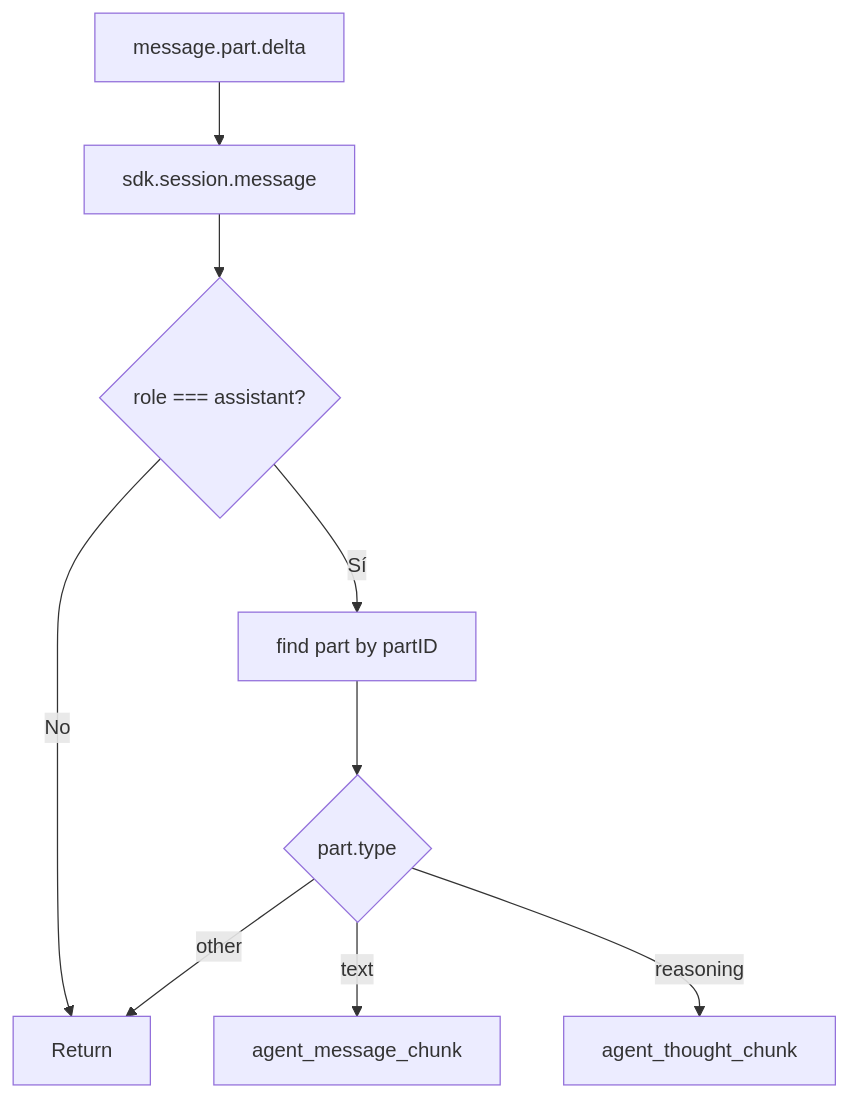
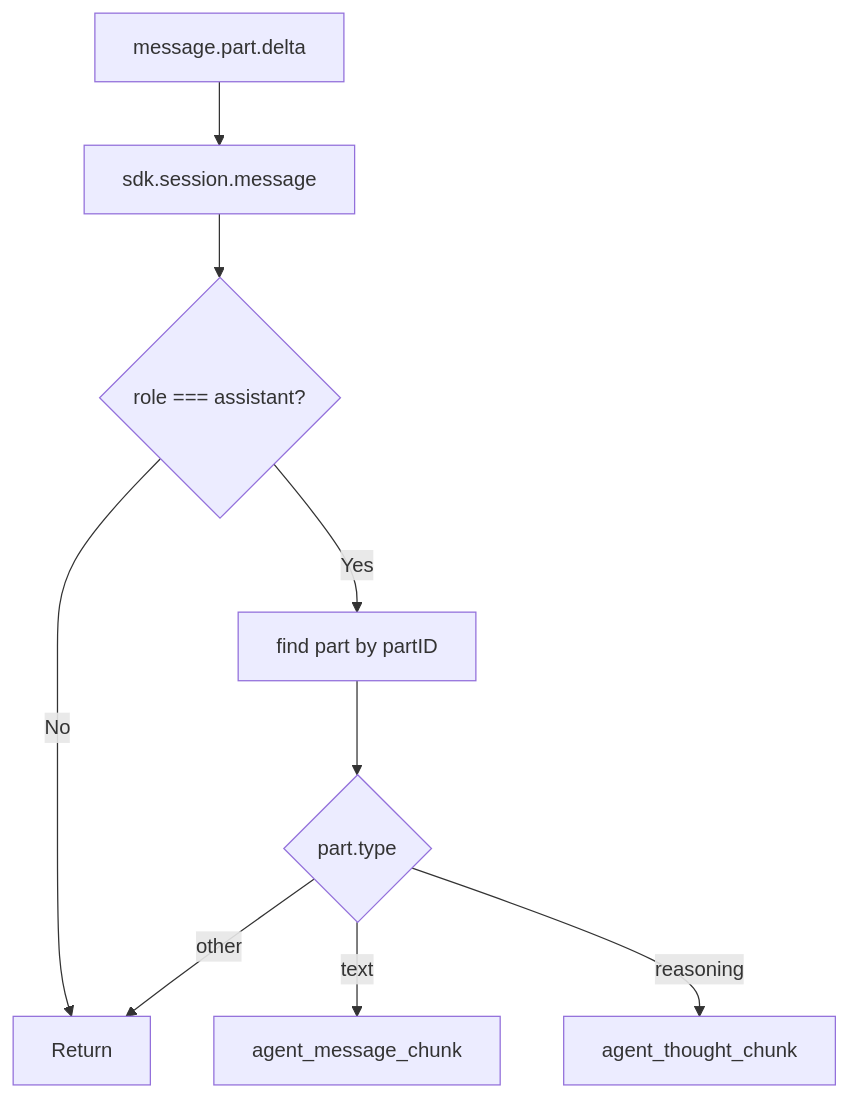
The third of 4 diagrams in .kb/pando/research/acp-opencode-plan-deepwiki.md (digiogithub/pando), drawn with Mermaid before and after one commit. The commit also changed other lines of this file and 63 other files, not shown here.

````diff
--- a/.kb/pando/research/acp-opencode-plan-deepwiki.md
+++ b/.kb/pando/research/acp-opencode-plan-deepwiki.md
@@ -249,11 +249,11 @@
 ```mermaid
 graph TD
     Delta["message.part.delta"] --> Fetch["sdk.session.message"]
     Fetch --> CheckRole{role === assistant?}
     CheckRole -->|No| Return
-    CheckRole -->|Sí| FindPart["find part by partID"]
+    CheckRole -->|Yes| FindPart["find part by partID"]
     FindPart --> Type{part.type}
     Type -->|text| TextChunk["agent_message_chunk"]
     Type -->|reasoning| ThoughtChunk["agent_thought_chunk"]
     Type -->|other| Return
 ```
````
